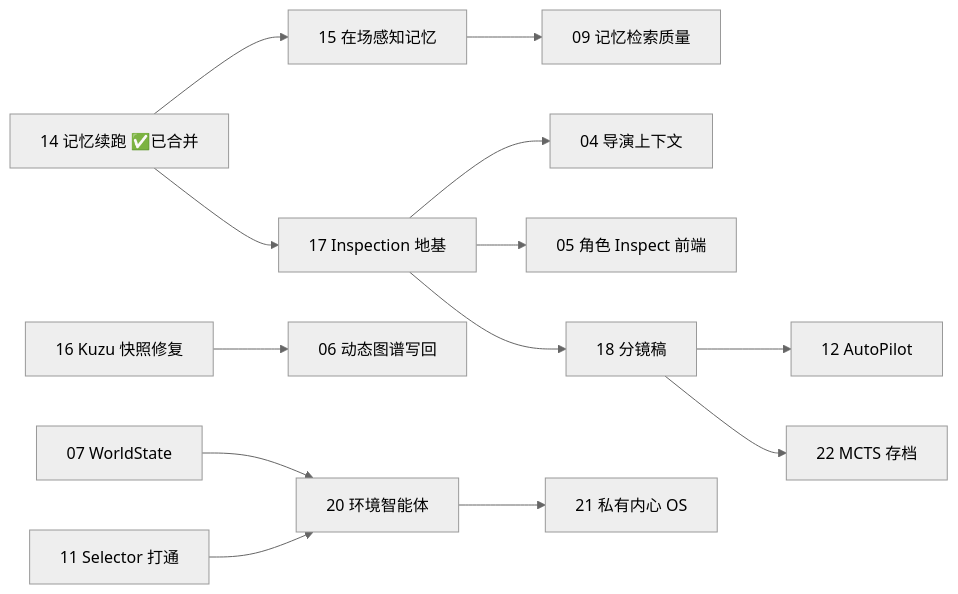
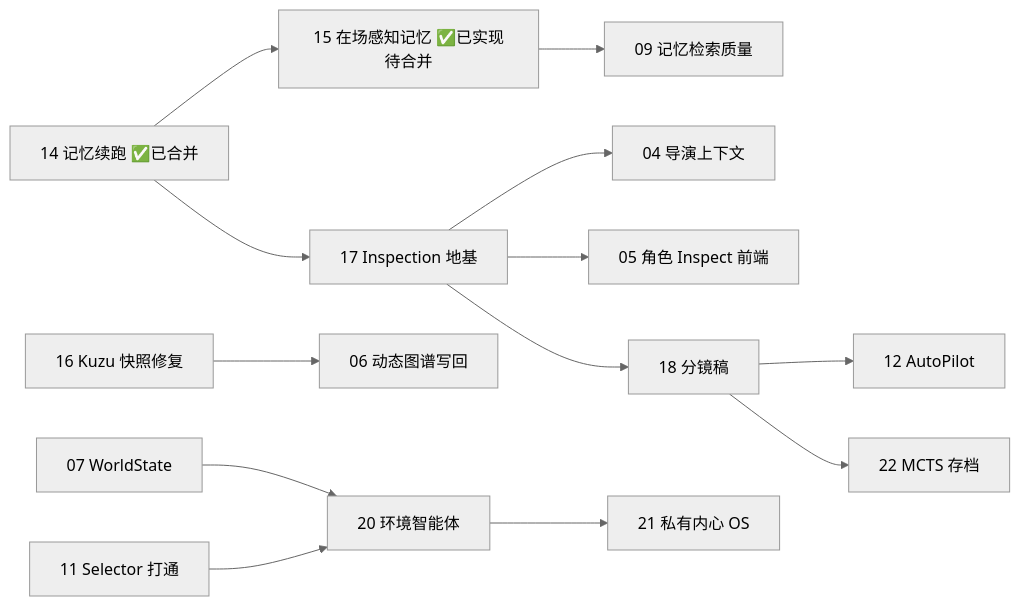
The diagram in docs/fix-tickets/README.md (YuanPeixi/PlotSystem2), drawn with Mermaid (neutral theme) before and after one commit. The commit also changed other lines of this file and 1 other file, not shown here.

````diff
--- a/docs/fix-tickets/README.md
+++ b/docs/fix-tickets/README.md
@@ -130,15 +129,15 @@
 ```mermaid
 graph LR
-  T14[14 记忆续跑 ✅已合并] --> T15[15 在场感知记忆]
+  T14[14 记忆续跑 ✅已合并] --> T15[15 在场感知记忆 ✅已实现待合并]
   T14 --> T17[17 Inspection 地基]
   T15 --> T09[09 记忆检索质量]
   T16[16 Kuzu 快照修复] --> T06[06 动态图谱写回]
   T17 --> T04[04 导演上下文]
   T17 --> T05[05 角色 Inspect 前端]
   T17 --> T18[18 分镜稿]
   T18 --> T12[12 AutoPilot]
   T18 --> T22[22 MCTS 存档]
   T07[07 WorldState] --> T20[20 环境智能体]
   T11[11 Selector 打通] --> T20
   T20 --> T21[21 私有内心 OS]
 ```
````
